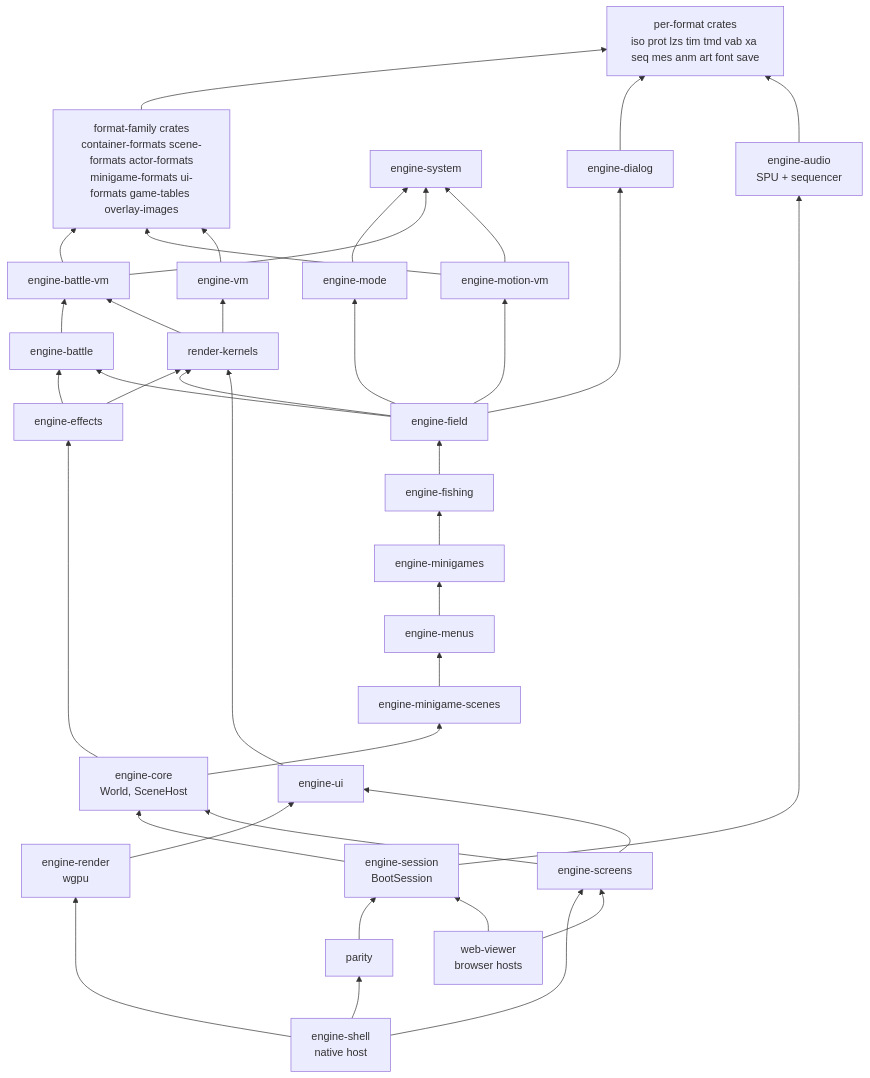
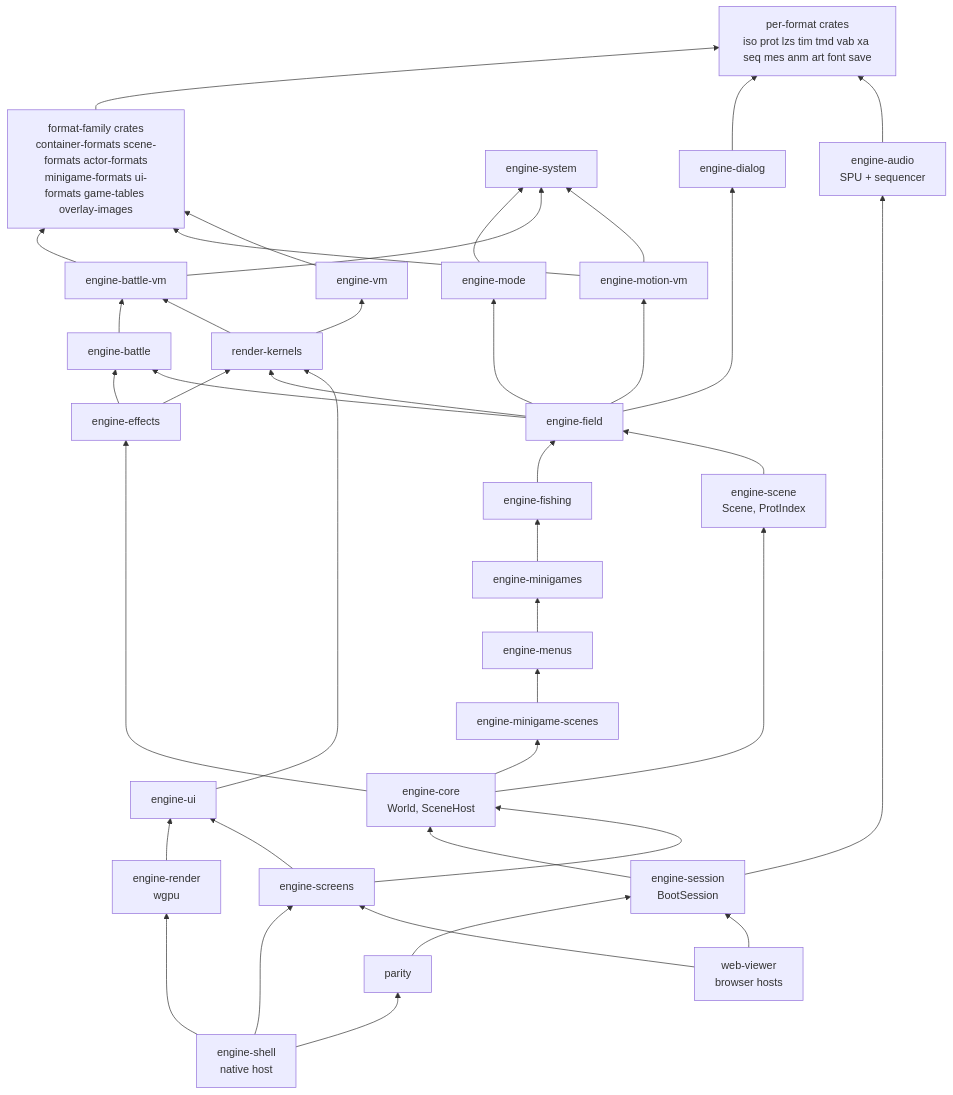
The first of 4 diagrams in docs/subsystems/engine.md (AndrewAltimit/legend-of-legaia-re), drawn with Mermaid before and after one commit. The commit also changed other lines of this file and 112 other files, not shown here.

Commit message:
Return the boss-stage kernel to engine-core, move the caption decoder, and repoint docs and gates at engine-scene

````diff
--- a/docs/subsystems/engine.md
+++ b/docs/subsystems/engine.md
@@ -39,66 +39,69 @@
 ```mermaid
 flowchart BT
     FMT["per-format crates<br/>iso prot lzs tim tmd vab xa seq mes anm art font save"]
     FAM["format-family crates<br/>container-formats scene-formats actor-formats<br/>minigame-formats ui-formats game-tables overlay-images"]
     ESYS["engine-system"]
     EMODE["engine-mode"]
     EDLG["engine-dialog"]
     EBV["engine-battle-vm"]
     EMV["engine-motion-vm"]
     EVM["engine-vm"]
     EB["engine-battle"]
     RK["render-kernels"]
     EFX["engine-effects"]
     EFIELD["engine-field"]
     EFISH["engine-fishing"]
     EMG["engine-minigames"]
     EMENU["engine-menus"]
     EMGS["engine-minigame-scenes"]
+    ESCN["engine-scene<br/>Scene, ProtIndex"]
     CORE["engine-core<br/>World, SceneHost"]
     EUI["engine-ui"]
     EREN["engine-render<br/>wgpu"]
     EAUD["engine-audio<br/>SPU + sequencer"]
     SESS["engine-session<br/>BootSession"]
     SCR["engine-screens"]
     PAR["parity"]
     SHELL["engine-shell<br/>native host"]
     WEB["web-viewer<br/>browser hosts"]
 
     FAM --> FMT
     EDLG --> FMT
     EMODE --> ESYS
     EBV --> ESYS
     EBV --> FAM
     EMV --> ESYS
     EMV --> FAM
     EVM --> FAM
     EB --> EBV
     RK --> EBV
     RK --> EVM
     EFX --> RK
     EFX --> EB
     EFIELD --> EMODE
     EFIELD --> EMV
     EFIELD --> EDLG
     EFIELD --> RK
     EFIELD --> EB
     EFISH --> EFIELD
     EMG --> EFISH
     EMENU --> EMG
     EMGS --> EMENU
+    ESCN --> EFIELD
+    CORE --> ESCN
     CORE --> EFX
     CORE --> EMGS
     EUI --> RK
     EREN --> EUI
     EAUD --> FMT
     SESS --> CORE
     SESS --> EAUD
     SCR --> CORE
     SCR --> EUI
     PAR --> SESS
     SHELL --> PAR
     SHELL --> SCR
     SHELL --> EREN
     WEB --> SESS
     WEB --> SCR
 ```
````
